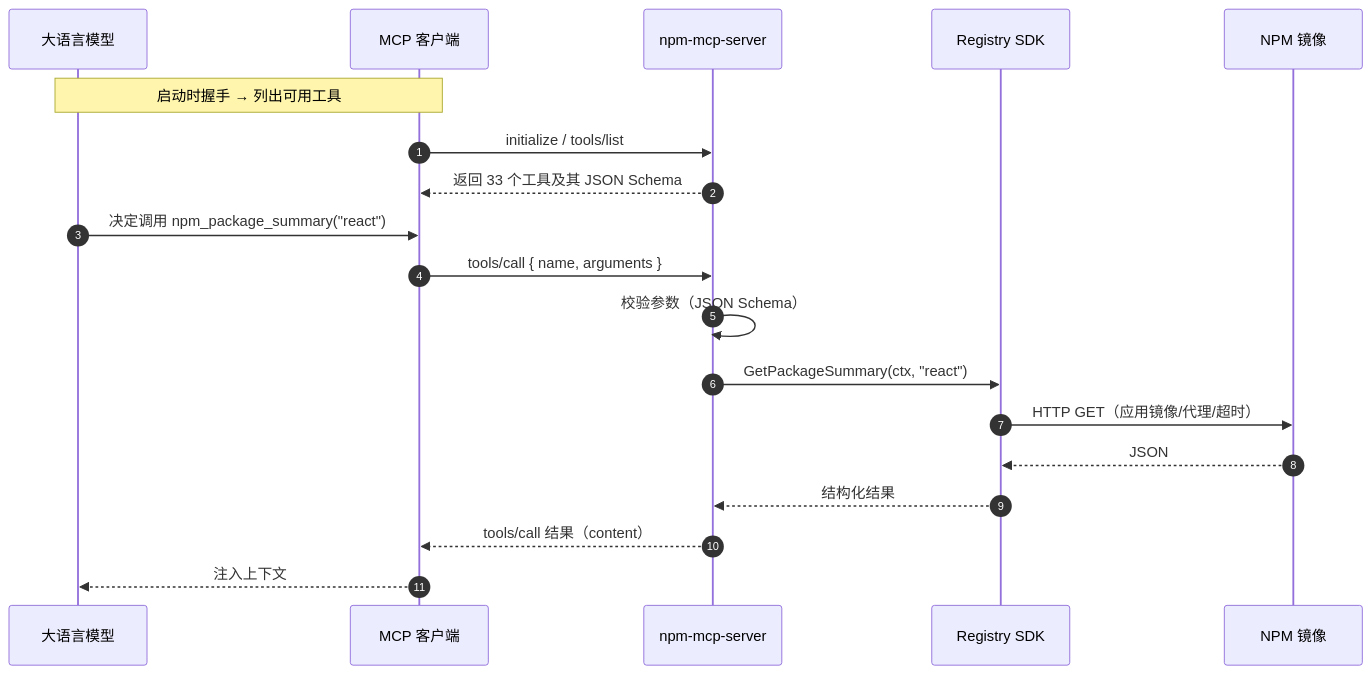
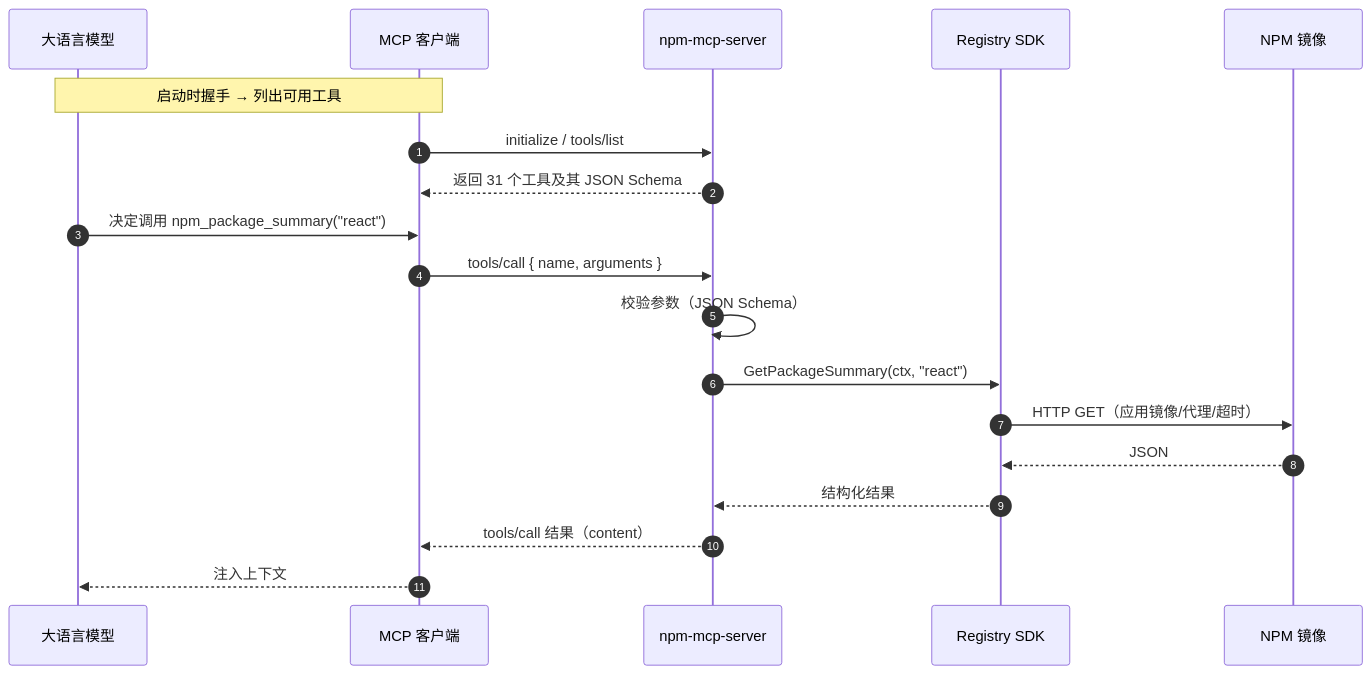
Before and after one commit to scagogogo/npm-skills: the second of 3 diagrams in website/mcp-server.md, drawn with Mermaid. The commit also changed other lines of this file and 6 other files, not shown here.

````diff
--- a/website/mcp-server.md
+++ b/website/mcp-server.md
@@ -32,22 +32,22 @@
 ```mermaid
 sequenceDiagram
     autonumber
     participant LLM as 大语言模型
     participant C as MCP 客户端
     participant S as npm-mcp-server
     participant R as Registry SDK
     participant N as NPM 镜像
 
     Note over LLM,C: 启动时握手 → 列出可用工具
     C->>S: initialize / tools/list
-    S-->>C: 返回 33 个工具及其 JSON Schema
+    S-->>C: 返回 31 个工具及其 JSON Schema
     LLM->>C: 决定调用 npm_package_summary("react")
     C->>S: tools/call { name, arguments }
     S->>S: 校验参数（JSON Schema）
     S->>R: GetPackageSummary(ctx, "react")
     R->>N: HTTP GET（应用镜像/代理/超时）
     N-->>R: JSON
     R-->>S: 结构化结果
     S-->>C: tools/call 结果（content）
     C-->>LLM: 注入上下文
 ```
````
